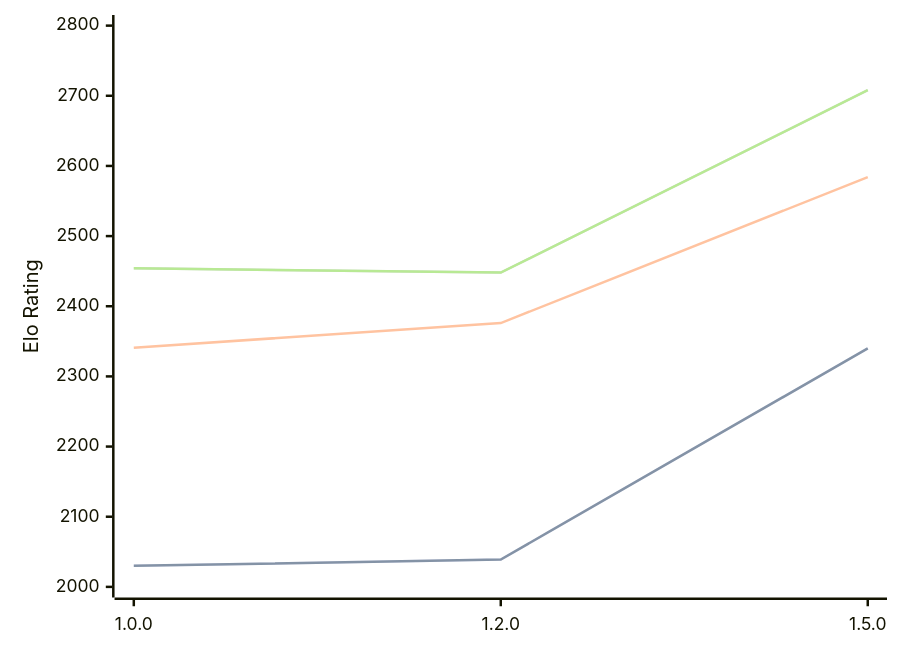
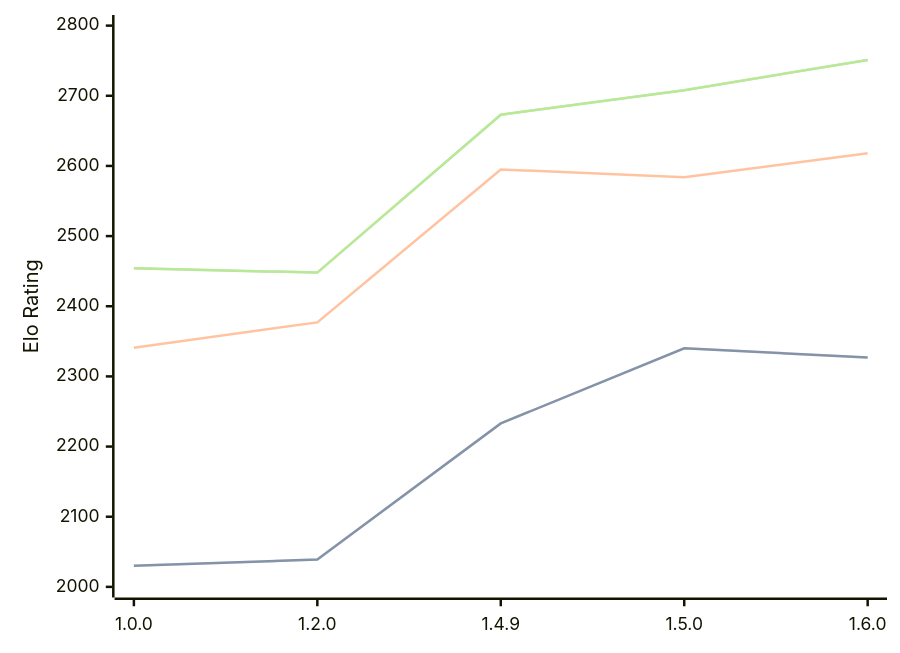
One commit to computer-chess-index/cci changed the third of 3 diagrams in engines/Basilisk.md. Above: the diagram before and after it, drawn with Mermaid. The commit also changed other lines of this file, not shown here.

Commit message:
Update CCI Ratings (ELO VLTC) - 2026-06-22

````diff
--- a/engines/Basilisk.md
+++ b/engines/Basilisk.md
@@ -82,11 +82,11 @@
 ```mermaid
 %%{init: {"theme":"base","themeVariables":{"seriesColors:['#a3a3a3','#222221','#faa371']}}}%%
 xychart-beta
-  x-axis ["1.0.0", "1.2.0", "1.5.0"]
+  x-axis ["1.0.0", "1.2.0", "1.4.9", "1.5.0", "1.6.0"]
   y-axis "Elo Rating" 2000 --> 2800
-  line "STC (8.0+0.08s)" [2030, 2039, 2340]
-  line "STC (8.0+0.08s)" [2030, 2039, 2340]
-  line "LTC (60.0+0.60s)" [2341, 2376, 2584]
-  line "VLTC (2m24s+1.12s)" [2454, 2448, 2708]
-  line "VLTC (2m24s+1.12s)" [2454, 2448, 2708]
+  line "STC (8.0+0.08s)" [2030, 2039, 2233, 2340, 2327]
+  line "STC (8.0+0.08s)" [2030, 2039, 2233, 2340, 2327]
+  line "LTC (60.0+0.60s)" [2341, 2377, 2595, 2584, 2618]
+  line "VLTC (2m24s+1.12s)" [2454, 2448, 2673, 2708, 2751]
+  line "VLTC (2m24s+1.12s)" [2454, 2448, 2673, 2708, 2751]
 ```
````
